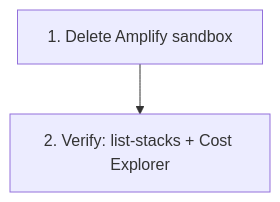
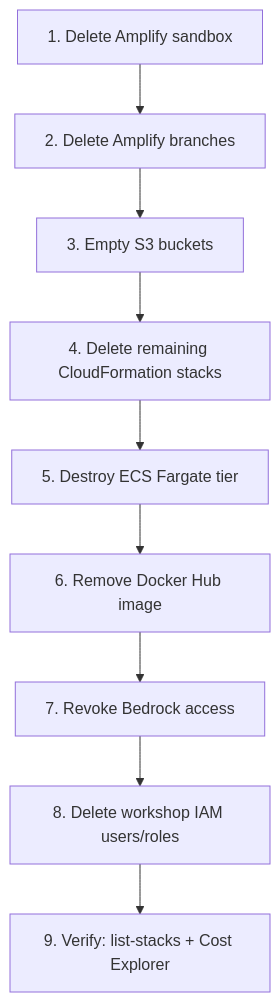
One commit to KhaiND1221/FCAJ-intership-report changed the diagram in content/workshop/4.10-Cleanup/index.en.md. Above: the diagram before and after it, drawn with Mermaid. The commit also changed other lines of this file and 1 other file, not shown here.

Commit message:
Sync workshop 4.10-Cleanup from hei-FCAJ-intership-report

````diff
--- a/content/workshop/4.10-Cleanup/index.en.md
+++ b/content/workshop/4.10-Cleanup/index.en.md
@@ -7,4 +7,11 @@
 ```mermaid
 flowchart TD
-  A[1. Delete Amplify sandbox] --> I[2. Verify: list-stacks + Cost Explorer]
+  A[1. Delete Amplify sandbox] --> B[2. Delete Amplify branches]
+  B --> C[3. Empty S3 buckets]
+  C --> D[4. Delete remaining CloudFormation stacks]
+  D --> E[5. Destroy ECS Fargate tier]
+  E --> F[6. Remove Docker Hub image]
+  F --> G[7. Revoke Bedrock access]
+  G --> H[8. Delete workshop IAM users/roles]
+  H --> I[9. Verify: list-stacks + Cost Explorer]
 ```
````
